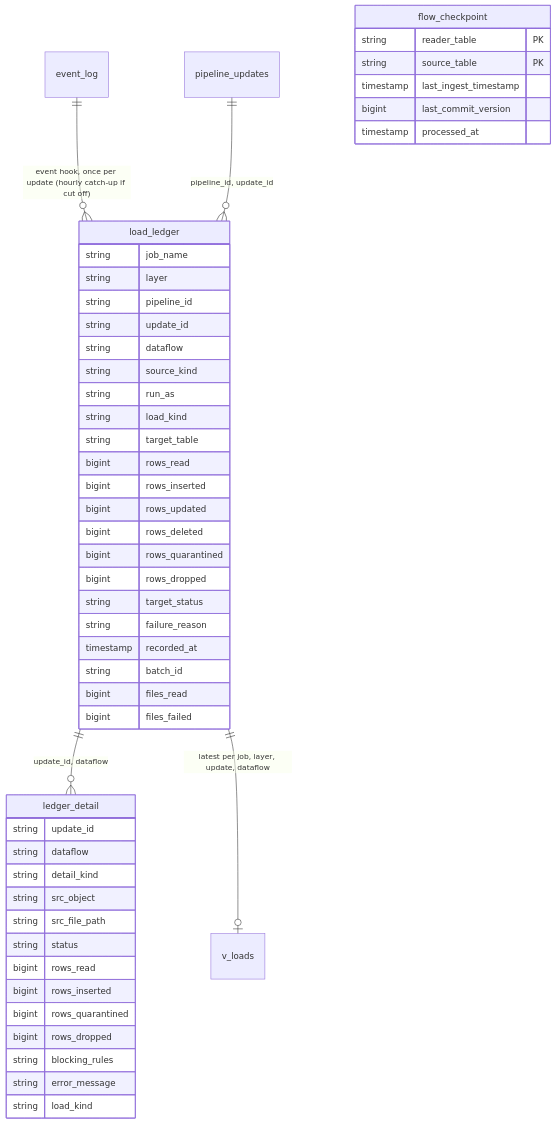
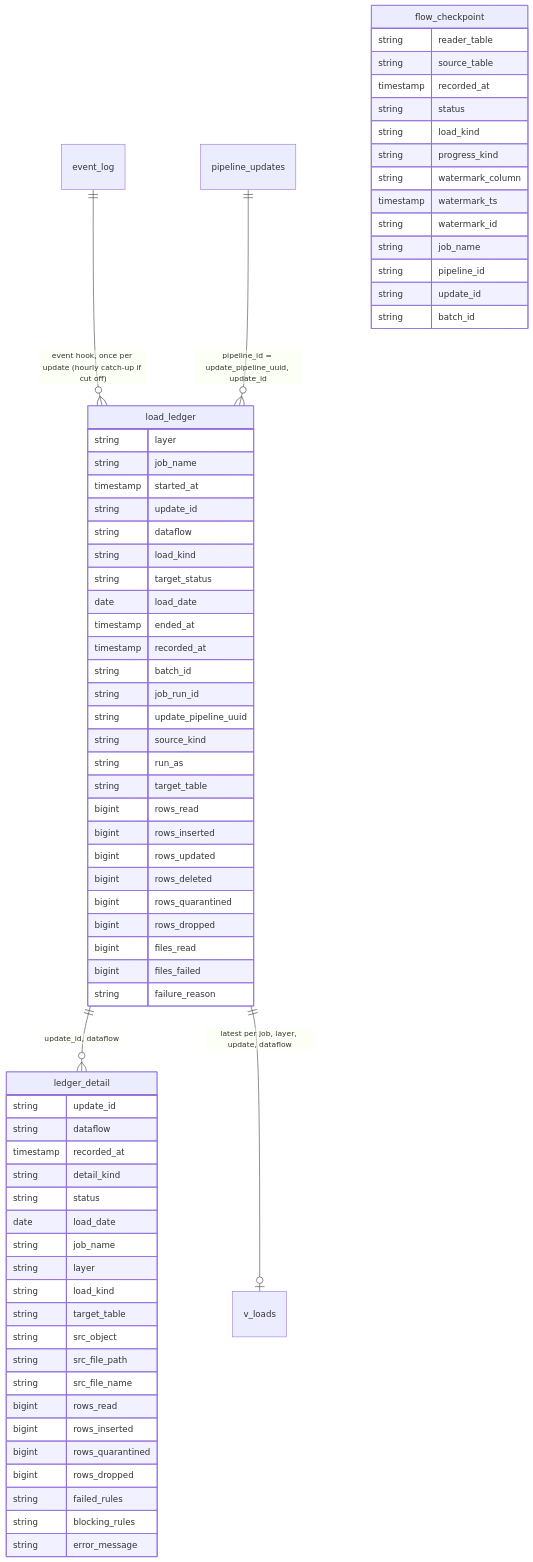
The eighth of 9 diagrams in framework_docs/ARCHITECTURE.md (NitinKeshavB/framework), drawn with Mermaid before and after one commit. The commit also changed other lines of this file and 17 other files, not shown here.

````diff
--- a/framework_docs/ARCHITECTURE.md
+++ b/framework_docs/ARCHITECTURE.md
@@ -348,52 +372,71 @@
 ```mermaid
 erDiagram
   event_log ||--o{ load_ledger : "event hook, once per update (hourly catch-up if cut off)"
   load_ledger ||--o{ ledger_detail : "update_id, dataflow"
   load_ledger ||--o| v_loads : "latest per job, layer, update, dataflow"
-  pipeline_updates ||--o{ load_ledger : "pipeline_id, update_id"
+  pipeline_updates ||--o{ load_ledger : "pipeline_id = update_pipeline_uuid, update_id"
   load_ledger {
+    string layer
     string job_name
-    string layer
-    string pipeline_id
+    timestamp started_at
     string update_id
     string dataflow
+    string load_kind
+    string target_status
+    date load_date
+    timestamp ended_at
+    timestamp recorded_at
+    string batch_id
+    string job_run_id
+    string update_pipeline_uuid
     string source_kind
     string run_as
-    string load_kind
     string target_table
     bigint rows_read
     bigint rows_inserted
     bigint rows_updated
     bigint rows_deleted
     bigint rows_quarantined
     bigint rows_dropped
-    string target_status
-    string failure_reason
-    timestamp recorded_at
-    string batch_id
     bigint files_read
     bigint files_failed
+    string failure_reason
   }
   ledger_detail {
     string update_id
     string dataflow
+    timestamp recorded_at
     string detail_kind
+    string status
+    date load_date
+    string job_name
+    string layer
+    string load_kind
+    string target_table
     string src_object
     string src_file_path
-    string status
+    string src_file_name
     bigint rows_read
     bigint rows_inserted
     bigint rows_quarantined
     bigint rows_dropped
+    string failed_rules
     string blocking_rules
     string error_message
-    string load_kind
   }
   flow_checkpoint {
-    string reader_table PK
-    string source_table PK
-    timestamp last_ingest_timestamp
-    bigint last_commit_version
-    timestamp processed_at
+    string reader_table
+    string source_table
+    timestamp recorded_at
+    string status
+    string load_kind
+    string progress_kind
+    string watermark_column
+    timestamp watermark_ts
+    string watermark_id
+    string job_name
+    string pipeline_id
+    string update_id
+    string batch_id
   }
 ```
````
